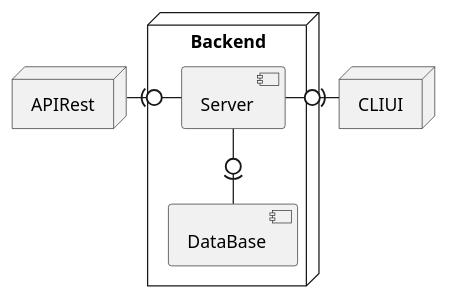
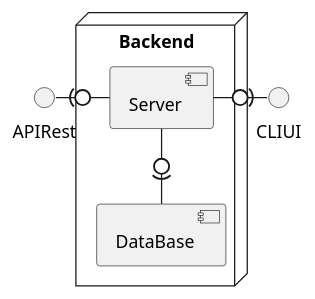
The diagram in docs/ooa/C4_4plus1_models_v2/Level2/PhysicalView/PhysicalViewLevel2.puml (olivDiogo/SmartHome), drawn with PlantUML before and after one commit. The commit also changed 5 other files, not shown here.

```diff
--- a/docs/ooa/C4_4plus1_models_v2/Level2/PhysicalView/PhysicalViewLevel2.puml
+++ b/docs/ooa/C4_4plus1_models_v2/Level2/PhysicalView/PhysicalViewLevel2.puml
@@ -1,13 +1,11 @@
 @startuml
 'https://plantuml.com/component-diagram
 
 node "Backend" {
   [Server] -0)- [DataBase]
 }
 
-node APIRest
-node CLIUI
 [Server] -left0)- APIRest
 [Server] -right0)- CLIUI
 
 @enduml
```
